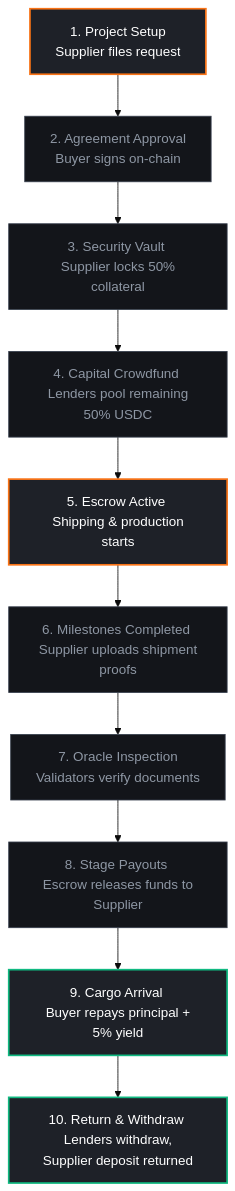
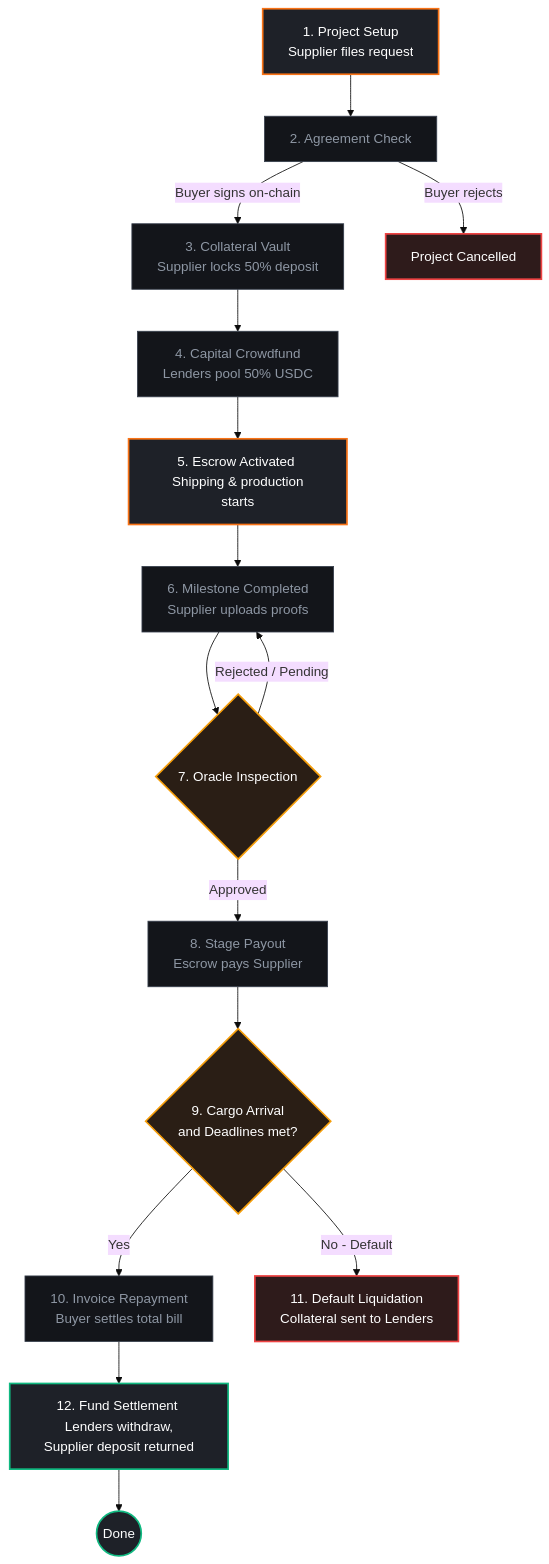
Before and after one commit to deniznizam/stellarforge-supplychain: the diagram in README.md, drawn with Mermaid (base theme). The commit also changed other lines of this file, not shown here.

Commit message:
docs: upgrade workflow diagram to a rich decision tree flowchart representing trade lifecycle and failures

````diff
--- a/README.md
+++ b/README.md
@@ -63,16 +63,27 @@
 ```mermaid
 graph TD
     classDef init fill:#1E2128,stroke:#F97316,stroke-width:2px,color:#fff;
     classDef process fill:#13151A,stroke:#373F4D,stroke-width:1px,color:#8E97A4;
+    classDef decision fill:#2A1E15,stroke:#F59E0B,stroke-width:2px,color:#fff;
     classDef success fill:#1E2128,stroke:#10B981,stroke-width:2px,color:#fff;
+    classDef fail fill:#2E1B1B,stroke:#EF4444,stroke-width:2px,color:#fff;
+
+    A[1. Project Setup <br/> Supplier files request]:::init --> B[2. Agreement Check]:::process
+    B -->|Buyer signs on-chain| C[3. Collateral Vault <br/> Supplier locks 50% deposit]:::process
+    B -->|Buyer rejects| X[Project Cancelled]:::fail
     
-    A[1. Project Setup <br/> Supplier files request]:::init --> B[2. Agreement Approval <br/> Buyer signs on-chain]:::process
-    B --> C[3. Security Vault <br/> Supplier locks 50% collateral]:::process
-    C --> D[4. Capital Crowdfund <br/> Lenders pool remaining 50% USDC]:::process
-    D --> E[5. Escrow Active <br/> Shipping & production starts]:::init
-    E --> F[6. Milestones Completed <br/> Supplier uploads shipment proofs]:::process
-    F --> G[7. Oracle Inspection <br/> Validators verify documents]:::process
-    G --> H[8. Stage Payouts <br/> Escrow releases funds to Supplier]:::process
-    H --> I[9. Cargo Arrival <br/> Buyer repays principal + 5% yield]:::success
-    I --> J[10. Return & Withdraw <br/> Lenders withdraw, Supplier deposit returned]:::success
+    C --> D[4. Capital Crowdfund <br/> Lenders pool 50% USDC]:::process
+    D --> E[5. Escrow Activated <br/> Shipping & production starts]:::init
+    
+    E --> F[6. Milestone Completed <br/> Supplier uploads proofs]:::process
+    F --> G{7. Oracle Inspection}:::decision
+    G -->|Approved| H[8. Stage Payout <br/> Escrow pays Supplier]:::process
+    G -->|Rejected / Pending| F
+    
+    H --> I{9. Cargo Arrival <br/> and Deadlines met?}:::decision
+    I -->|Yes| J[10. Invoice Repayment <br/> Buyer settles total bill]:::process
+    I -->|No - Default| Y[11. Default Liquidation <br/> Collateral sent to Lenders]:::fail
+    
+    J --> K[12. Fund Settlement <br/> Lenders withdraw, Supplier deposit returned]:::success
+    K --> Z((Done)):::success
 ```
````
